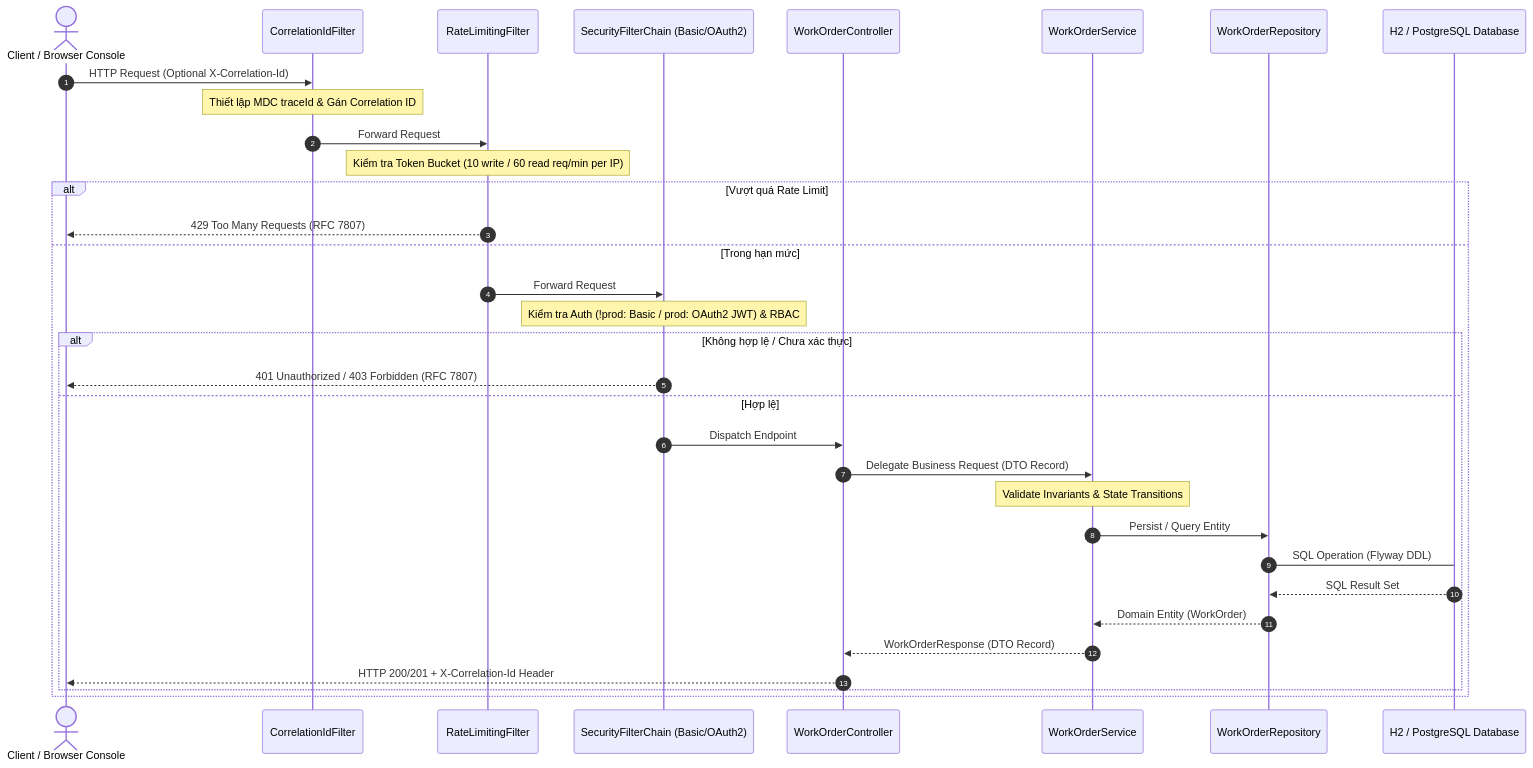
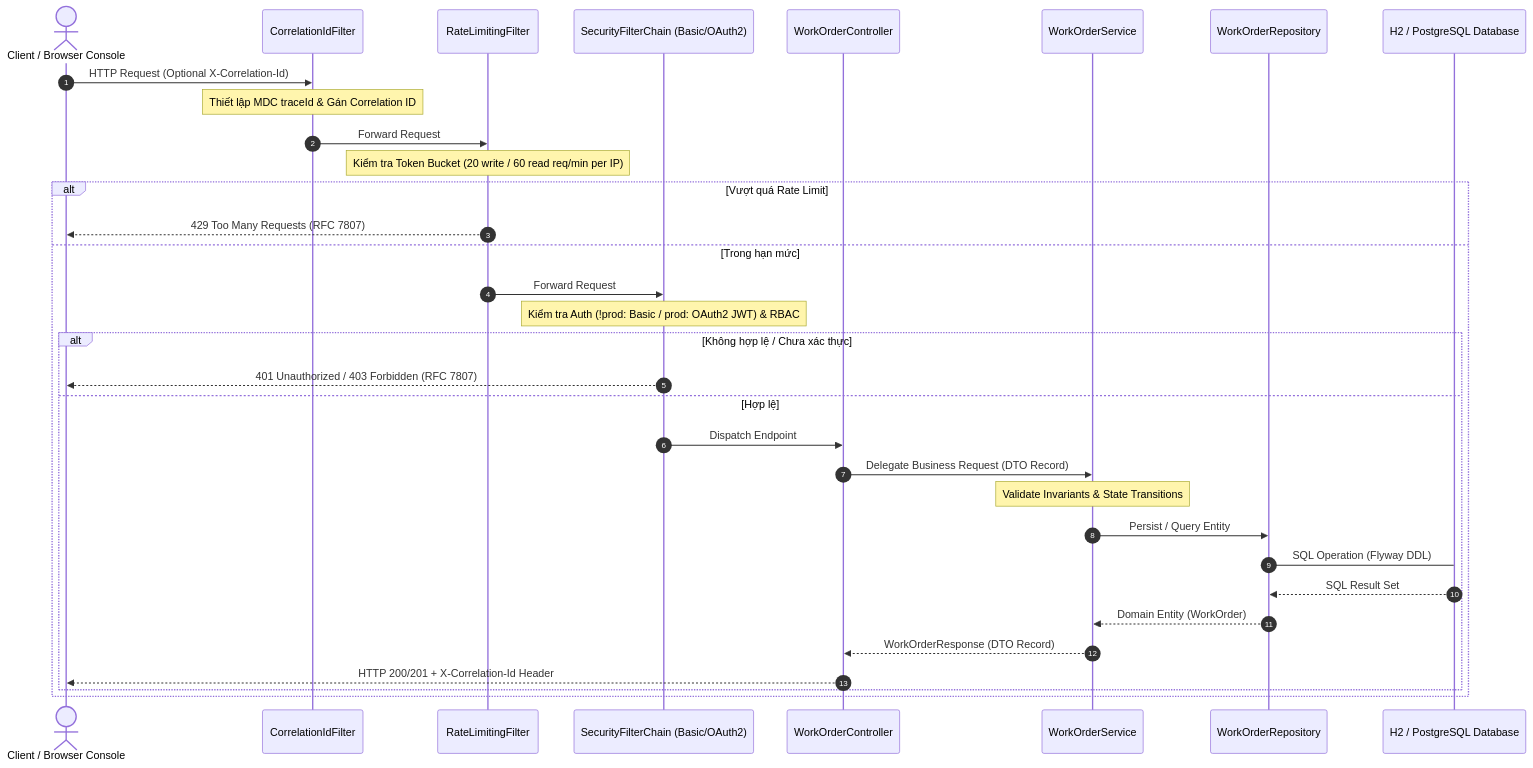
One commit to duongbaphuc/ai-native-oms-api changed the first of 3 diagrams in docs/08-SYSTEM_HANDOVER.md. Above: the diagram before and after it, drawn with Mermaid. The commit also changed other lines of this file and 6 other files, not shown here.

````diff
--- a/docs/08-SYSTEM_HANDOVER.md
+++ b/docs/08-SYSTEM_HANDOVER.md
@@ -58,36 +58,36 @@
 ```mermaid
 sequenceDiagram
     autonumber
     actor Client as Client / Browser Console
     participant CIF as CorrelationIdFilter
     participant RLF as RateLimitingFilter
     participant SEC as SecurityFilterChain (Basic/OAuth2)
     participant WOC as WorkOrderController
     participant WOS as WorkOrderService
     participant WOR as WorkOrderRepository
     participant H2DB as H2 / PostgreSQL Database
 
     Client->>CIF: HTTP Request (Optional X-Correlation-Id)
     Note over CIF: Thiết lập MDC traceId & Gán Correlation ID
     CIF->>RLF: Forward Request
-    Note over RLF: Kiểm tra Token Bucket (10 write / 60 read req/min per IP)
+    Note over RLF: Kiểm tra Token Bucket (20 write / 60 read req/min per IP)
     alt Vượt quá Rate Limit
         RLF-->>Client: 429 Too Many Requests (RFC 7807)
     else Trong hạn mức
         RLF->>SEC: Forward Request
         Note over SEC: Kiểm tra Auth (!prod: Basic / prod: OAuth2 JWT) & RBAC
         alt Không hợp lệ / Chưa xác thực
             SEC-->>Client: 401 Unauthorized / 403 Forbidden (RFC 7807)
         else Hợp lệ
             SEC->>WOC: Dispatch Endpoint
             WOC->>WOS: Delegate Business Request (DTO Record)
             Note over WOS: Validate Invariants & State Transitions
             WOS->>WOR: Persist / Query Entity
             WOR->H2DB: SQL Operation (Flyway DDL)
             H2DB-->>WOR: SQL Result Set
             WOR-->>WOS: Domain Entity (WorkOrder)
             WOS-->>WOC: WorkOrderResponse (DTO Record)
             WOC-->>Client: HTTP 200/201 + X-Correlation-Id Header
         end
     end
 ```
````
